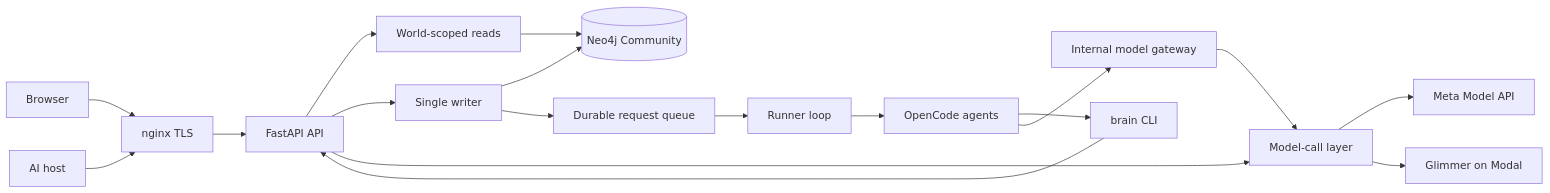
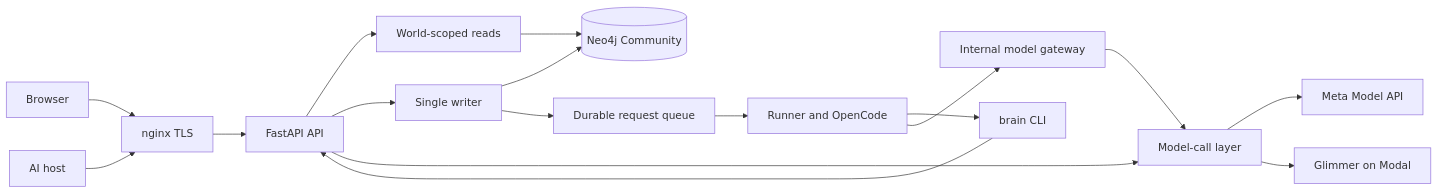
One commit to X-Arc-ai/grove changed the diagram in docs/architecture.md. Above: the diagram before and after it, drawn with Mermaid. The commit also changed other lines of this file and 8 other files, not shown here.

````diff
--- a/docs/architecture.md
+++ b/docs/architecture.md
@@ -9,20 +10,19 @@
 ```mermaid
 flowchart LR
   Browser[Browser] --> Nginx[nginx TLS]
   Host[AI host] --> Nginx
   Nginx --> API[FastAPI API]
   API --> Reads[World-scoped reads]
   API --> Writer[Single writer]
   Reads --> Store[(Neo4j Community)]
   Writer --> Store
   Writer --> Queue[Durable request queue]
-  Queue --> Loop[Runner loop]
-  Loop --> OpenCode[OpenCode agents]
-  OpenCode --> Brain[brain CLI]
+  Queue --> Runner[Runner and OpenCode]
+  Runner --> Brain[brain CLI]
   Brain --> API
-  OpenCode --> Gateway[Internal model gateway]
+  Runner --> Gateway[Internal model gateway]
   API --> Models[Model-call layer]
   Gateway --> Models
   Models --> Meta[Meta Model API]
   Models --> Modal[Glimmer on Modal]
 ```
````
